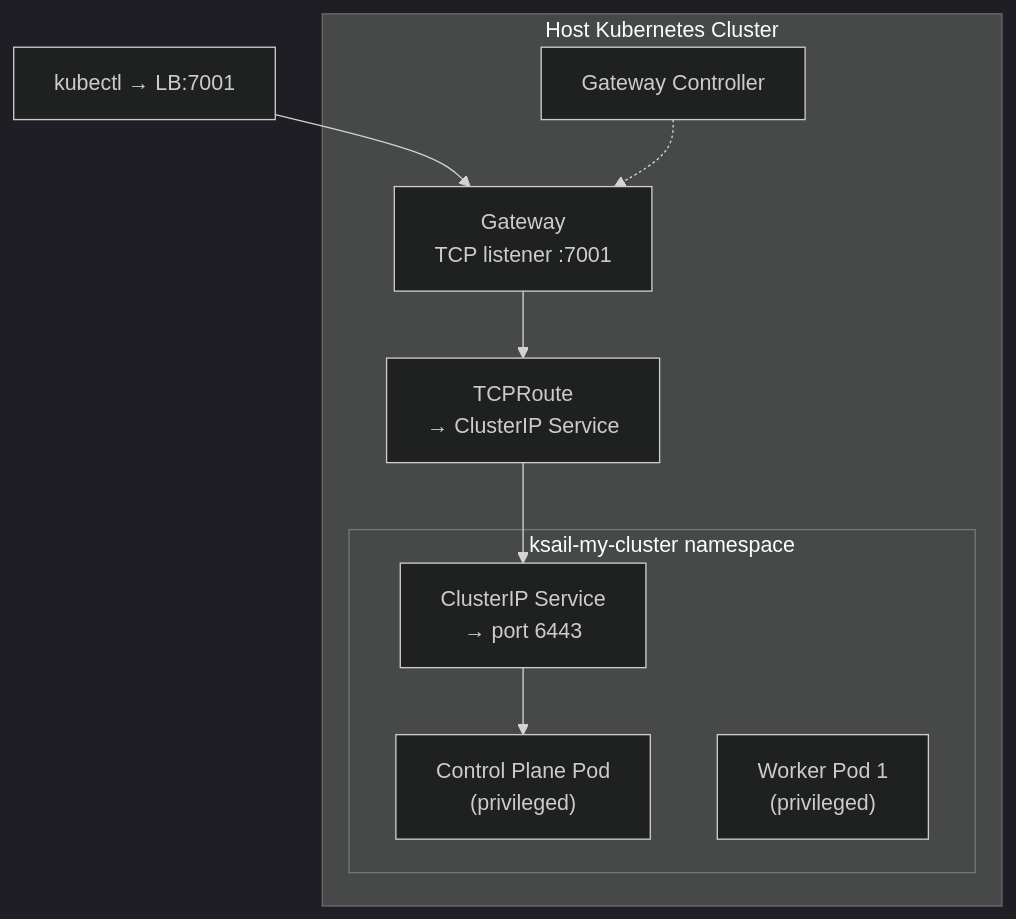
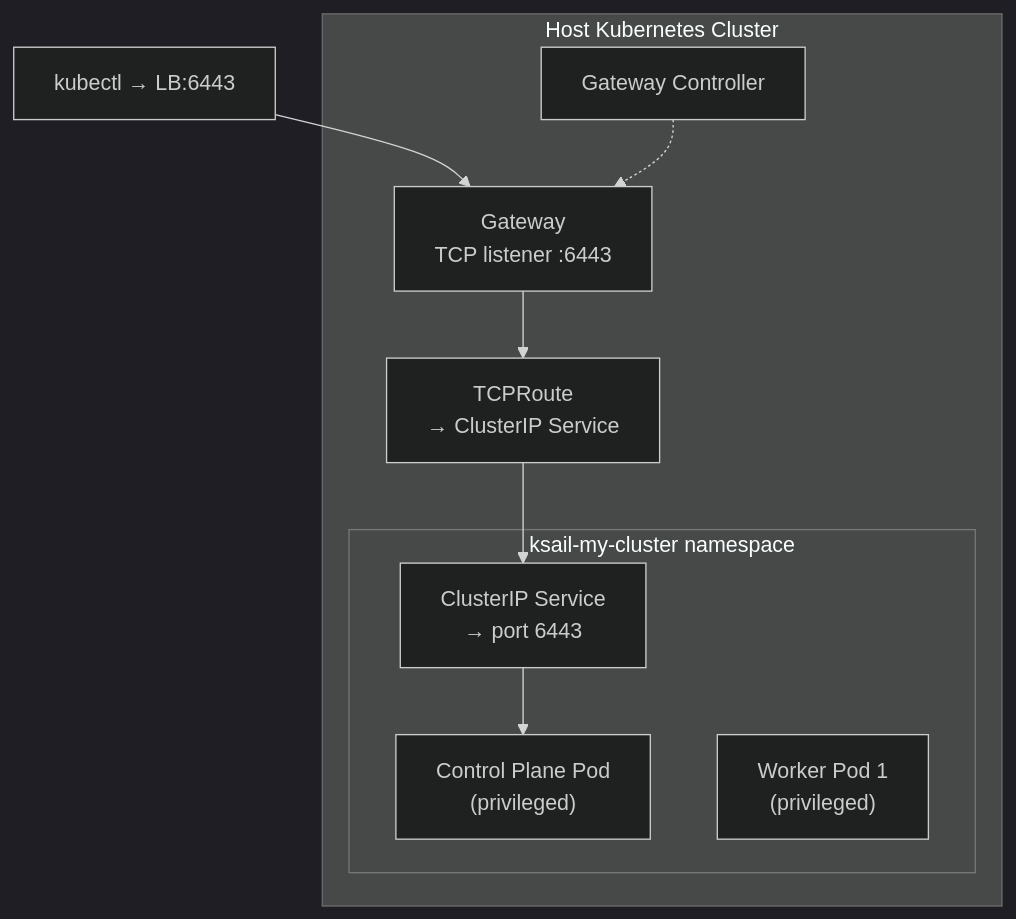
One commit to devantler-tech/ksail changed the diagram in docs/src/content/docs/providers/kubernetes.mdx. Above: the diagram before and after it, drawn with Mermaid (dark theme). The commit also changed other lines of this file and 12 other files, not shown here.

`````diff
--- a/docs/src/content/docs/providers/kubernetes.mdx
+++ b/docs/src/content/docs/providers/kubernetes.mdx
@@ -110,17 +110,17 @@
 ````mermaid
 graph TB
     subgraph "Host Kubernetes Cluster"
         subgraph "ksail-my-cluster namespace"
             CP["Control Plane Pod<br/>(privileged)"]
             W1["Worker Pod 1<br/>(privileged)"]
             SVC["ClusterIP Service<br/>→ port 6443"]
         end
-        GW["Gateway<br/>TCP listener :7001"]
+        GW["Gateway<br/>TCP listener :6443"]
         ROUTE["TCPRoute<br/>→ ClusterIP Service"]
         GWCTRL["Gateway Controller"]
     end
 
-    USER["kubectl → LB:7001"] --> GW
+    USER["kubectl → LB:6443"] --> GW
     GW --> ROUTE --> SVC --> CP
     GWCTRL -.-> GW
 ````
`````
